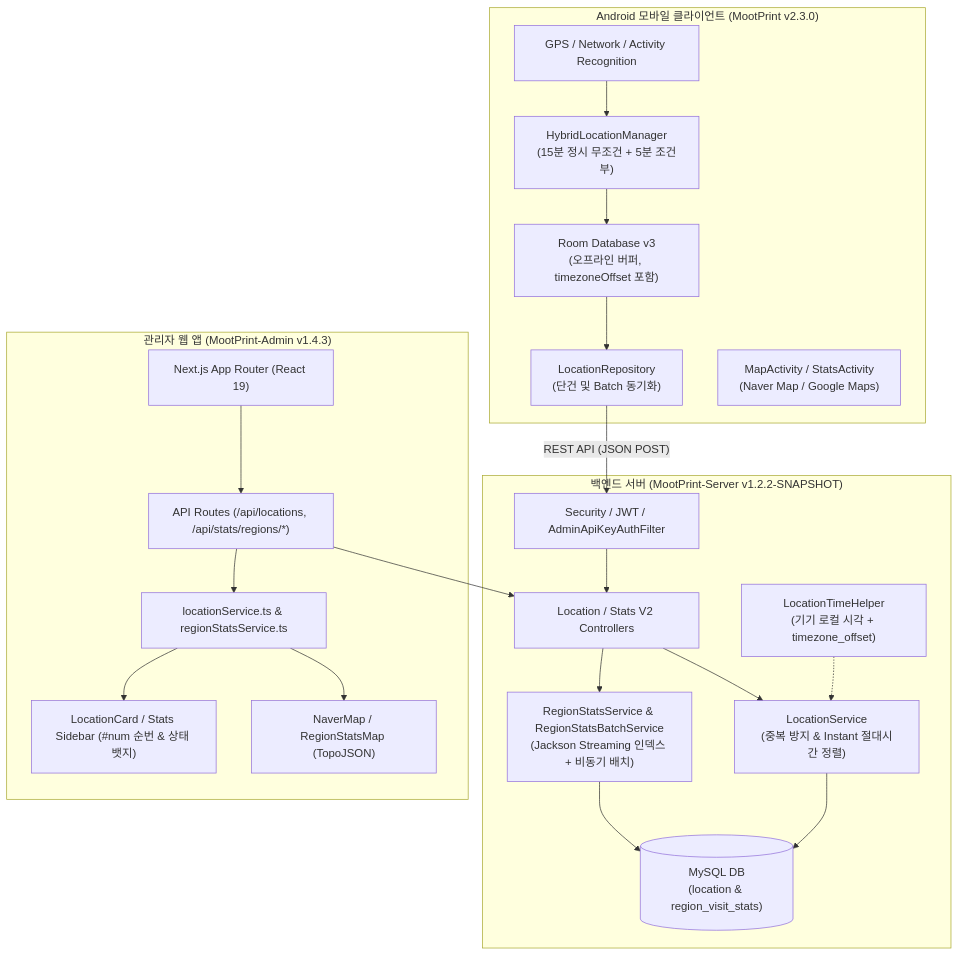
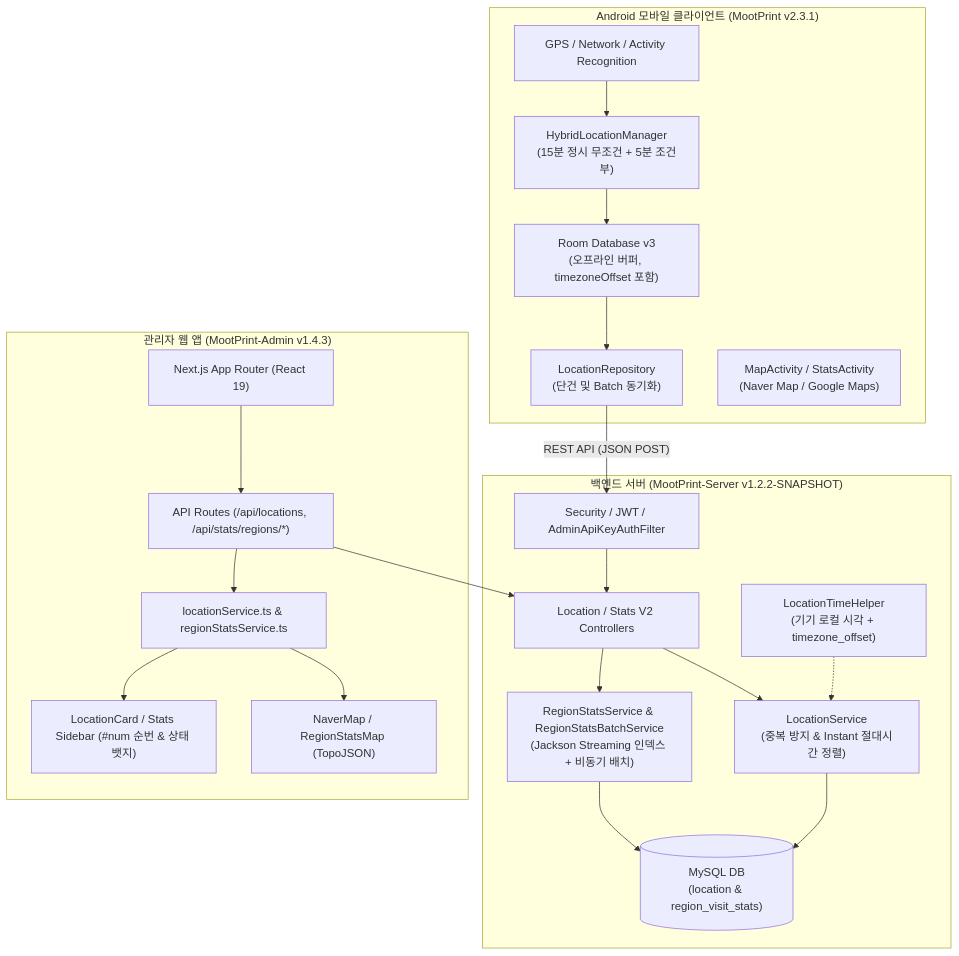
The diagram in README.md (mukhoplus/MootPrint-Archive), drawn with Mermaid before and after one commit. The commit also changed other lines of this file, not shown here.

````diff
--- a/README.md
+++ b/README.md
@@ -13,34 +13,34 @@
 ```mermaid
 flowchart TD
-    subgraph Client ["Android 모바일 클라이언트 (MootPrint v2.3.0)"]
+    subgraph Client ["Android 모바일 클라이언트 (MootPrint v2.3.1)"]
         Sensors["GPS / Network / Activity Recognition"] --> Tracker["HybridLocationManager\n(15분 정시 무조건 + 5분 조건부)"]
         Tracker --> RoomDB["Room Database v3\n(오프라인 버퍼, timezoneOffset 포함)"]
         RoomDB --> SyncEngine["LocationRepository\n(단건 및 Batch 동기화)"]
         UI_App["MapActivity / StatsActivity\n(Naver Map / Google Maps)"]
     end
 
     subgraph Server ["백엔드 서버 (MootPrint-Server v1.2.2-SNAPSHOT)"]
         AuthFilter["Security / JWT / AdminApiKeyAuthFilter"] --> Controller["Location / Stats V2 Controllers"]
         Controller --> Service["LocationService\n(중복 방지 & Instant 절대시간 정렬)"]
         Controller --> StatsSvc["RegionStatsService & RegionStatsBatchService\n(Jackson Streaming 인덱스 + 비동기 배치)"]
         Service --> MySQL[("MySQL DB\n(location & region_visit_stats)")]
         StatsSvc --> MySQL
         TimeHelper["LocationTimeHelper\n(기기 로컬 시각 + timezone_offset)"] -.-> Service
     end
 
     subgraph Admin ["관리자 웹 앱 (MootPrint-Admin v1.4.3)"]
         WebPage["Next.js App Router (React 19)"]
         Proxy["API Routes (/api/locations, /api/stats/regions/*)"]
         SortEngine["locationService.ts & regionStatsService.ts"]
         MapDisplay["NaverMap / RegionStatsMap (TopoJSON)"]
         CardDisplay["LocationCard / Stats Sidebar (#num 순번 & 상태 뱃지)"]
 
         WebPage --> Proxy
         Proxy --> Controller
         Proxy --> SortEngine
         SortEngine --> MapDisplay
         SortEngine --> CardDisplay
     end
 
     SyncEngine -- "REST API (JSON POST)" --> AuthFilter
 ```
````
